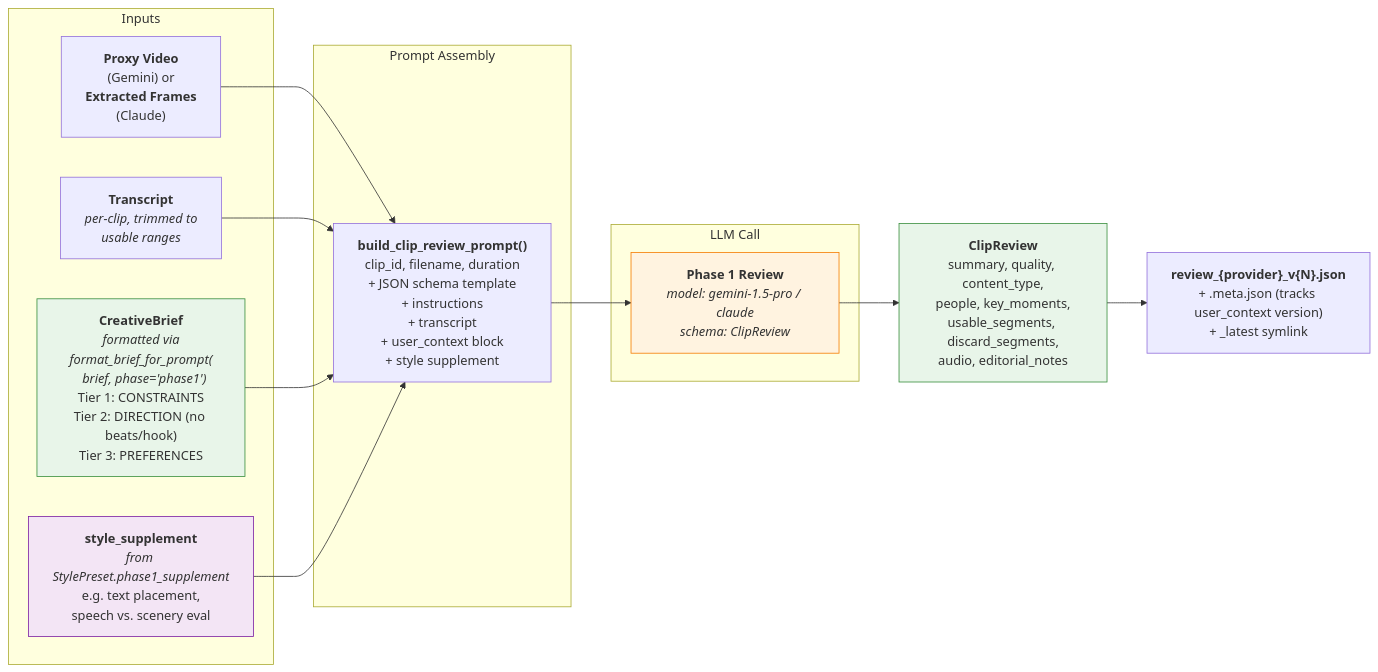
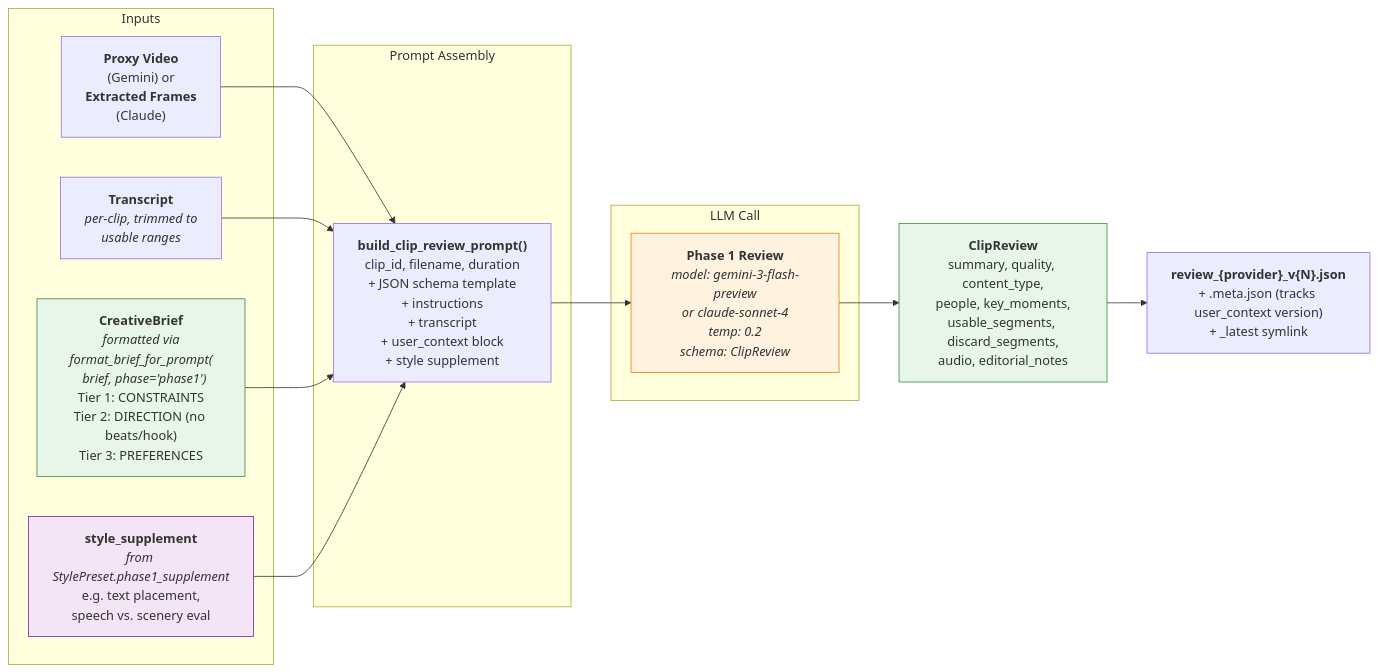
The ninth of 13 diagrams in docs/design-briefing-and-creative-brief.md (MaxCSHan/ai-video-editor), drawn with Mermaid before and after one commit. The commit also changed other lines of this file, not shown here.

First line of the commit message:
Fix hallucinated model names and incorrect data flows in design doc

````diff
--- a/docs/design-briefing-and-creative-brief.md
+++ b/docs/design-briefing-and-creative-brief.md
@@ -417,31 +417,31 @@
 ```mermaid
 graph LR
     subgraph "Inputs"
         PROXY["<b>Proxy Video</b><br/>(Gemini) or<br/><b>Extracted Frames</b><br/>(Claude)"]
         TRANS["<b>Transcript</b><br/><i>per-clip, trimmed to<br/>usable ranges</i>"]
         CTX["<b>CreativeBrief</b><br/><i>formatted via<br/>format_brief_for_prompt(<br/>  brief, phase='phase1')</i><br/>Tier 1: CONSTRAINTS<br/>Tier 2: DIRECTION (no beats/hook)<br/>Tier 3: PREFERENCES"]
         STYLE1["<b>style_supplement</b><br/><i>from StylePreset.phase1_supplement</i><br/>e.g. text placement,<br/>speech vs. scenery eval"]
     end
 
     subgraph "Prompt Assembly"
         BUILD["<b>build_clip_review_prompt()</b><br/>clip_id, filename, duration<br/>+ JSON schema template<br/>+ instructions<br/>+ transcript<br/>+ user_context block<br/>+ style supplement"]
     end
 
     subgraph "LLM Call"
-        P1LLM["<b>Phase 1 Review</b><br/><i>model: gemini-1.5-pro / claude</i><br/><i>schema: ClipReview</i>"]
+        P1LLM["<b>Phase 1 Review</b><br/><i>model: gemini-3-flash-preview<br/>or claude-sonnet-4</i><br/><i>temp: 0.2</i><br/><i>schema: ClipReview</i>"]
     end
 
     PROXY --> BUILD
     TRANS --> BUILD
     CTX --> BUILD
     STYLE1 --> BUILD
     BUILD --> P1LLM
     P1LLM --> OUT1["<b>ClipReview</b><br/>summary, quality, content_type,<br/>people, key_moments,<br/>usable_segments, discard_segments,<br/>audio, editorial_notes"]
 
     OUT1 --> SAVE1["<b>review_{provider}_v{N}.json</b><br/>+ .meta.json (tracks user_context version)<br/>+ _latest symlink"]
 
     style P1LLM fill:#fff3e0,stroke:#f57c00
     style CTX fill:#e8f5e9,stroke:#388e3c
     style STYLE1 fill:#f3e5f5,stroke:#7b1fa2
     style OUT1 fill:#e8f5e9,stroke:#388e3c
 ```
````
